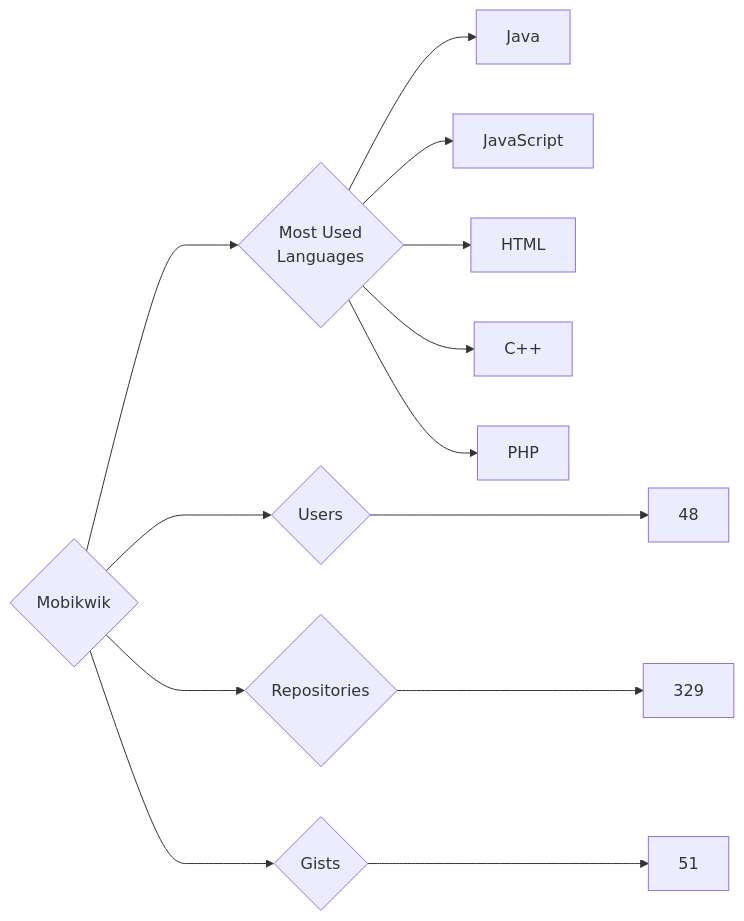
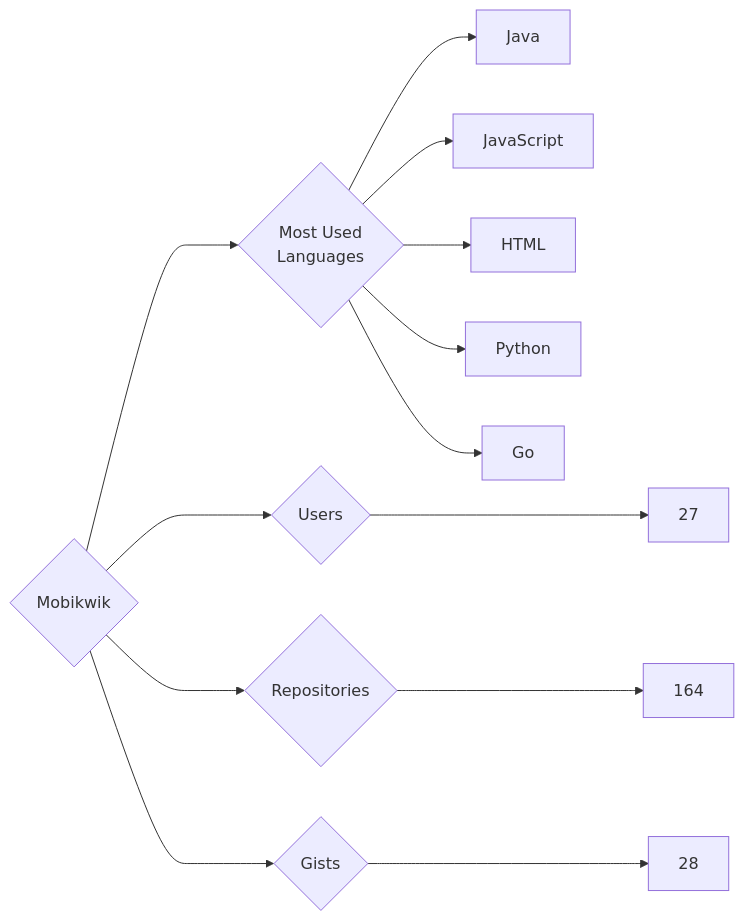
One commit to trickest/insiders changed the diagram in targets/Mobikwik/README.md. Above: the diagram before and after it, drawn with Mermaid. The commit also changed 912 other files, not shown here.

````diff
--- a/targets/Mobikwik/README.md
+++ b/targets/Mobikwik/README.md
@@ -3,13 +3,13 @@
 ```mermaid
 graph LR
 COMPANY_NAME{Mobikwik}
-COMPANY_NAME ---> U{Users} ---> UN[48]
-COMPANY_NAME ---> R{Repositories} ---> RN[329]
-COMPANY_NAME ---> G{Gists} ---> GN[51]
+COMPANY_NAME ---> U{Users} ---> UN[27]
+COMPANY_NAME ---> R{Repositories} ---> RN[164]
+COMPANY_NAME ---> G{Gists} ---> GN[28]
 COMPANY_NAME ---> ML{Most Used<br>Languages}
 ML --> Java[Java]
 ML --> JavaScript[JavaScript]
 ML --> HTML[HTML]
-ML --> C++[C++]
-ML --> PHP[PHP]
+ML --> Python[Python]
+ML --> Go[Go]
 ```
````
